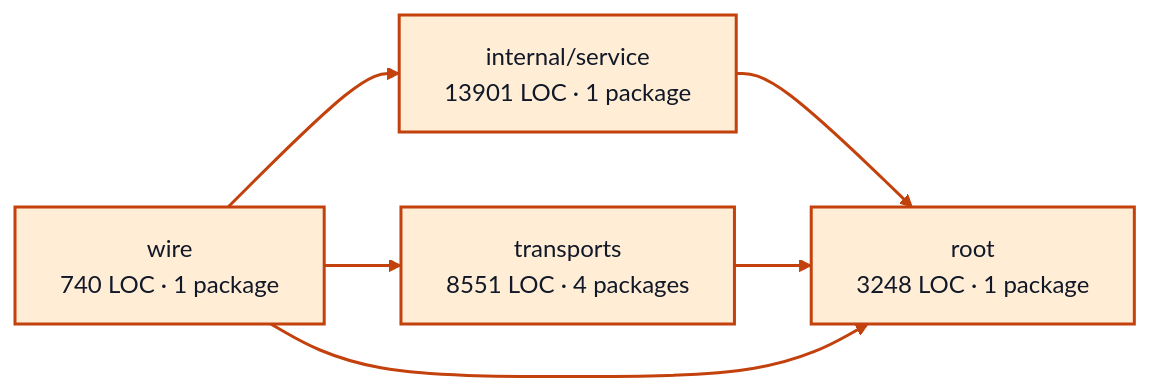
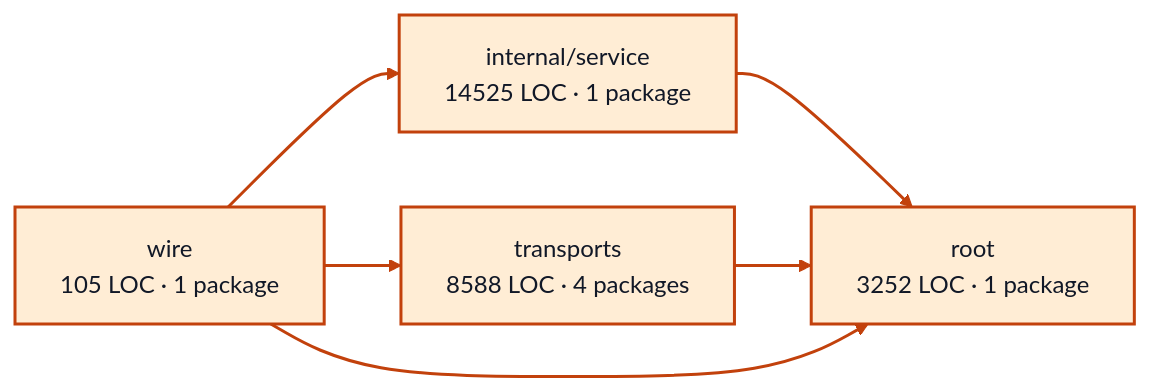
The diagram in docs/architecture/visualizations/services/worker_sessions.md (portpowered/you-agent-factory), drawn with Mermaid before and after one commit. The commit also changed other lines of this file and 20 other files, not shown here.

Commit message:
docs: refresh backend architecture visualizations

````diff
--- a/docs/architecture/visualizations/services/worker_sessions.md
+++ b/docs/architecture/visualizations/services/worker_sessions.md
@@ -11,17 +11,17 @@
 ```mermaid
 flowchart LR
-  p0["internal/service<br/>13901 LOC · 1 package"]
-  p1["root<br/>3248 LOC · 1 package"]
-  p2["transports<br/>8551 LOC · 4 packages"]
-  p3["wire<br/>740 LOC · 1 package"]
+  p0["internal/service<br/>14525 LOC · 1 package"]
+  p1["root<br/>3252 LOC · 1 package"]
+  p2["transports<br/>8588 LOC · 4 packages"]
+  p3["wire<br/>105 LOC · 1 package"]
   p0 --> p1
   p2 --> p1
   p3 --> p0
   p3 --> p1
   p3 --> p2
   style p0 fill:#ffedd5,stroke:#c2410c,stroke-width:2px,color:#111827
   style p1 fill:#ffedd5,stroke:#c2410c,stroke-width:2px,color:#111827
   style p2 fill:#ffedd5,stroke:#c2410c,stroke-width:2px,color:#111827
   style p3 fill:#ffedd5,stroke:#c2410c,stroke-width:2px,color:#111827
   linkStyle default stroke:#c2410c,stroke-width:2px
 ```
````
